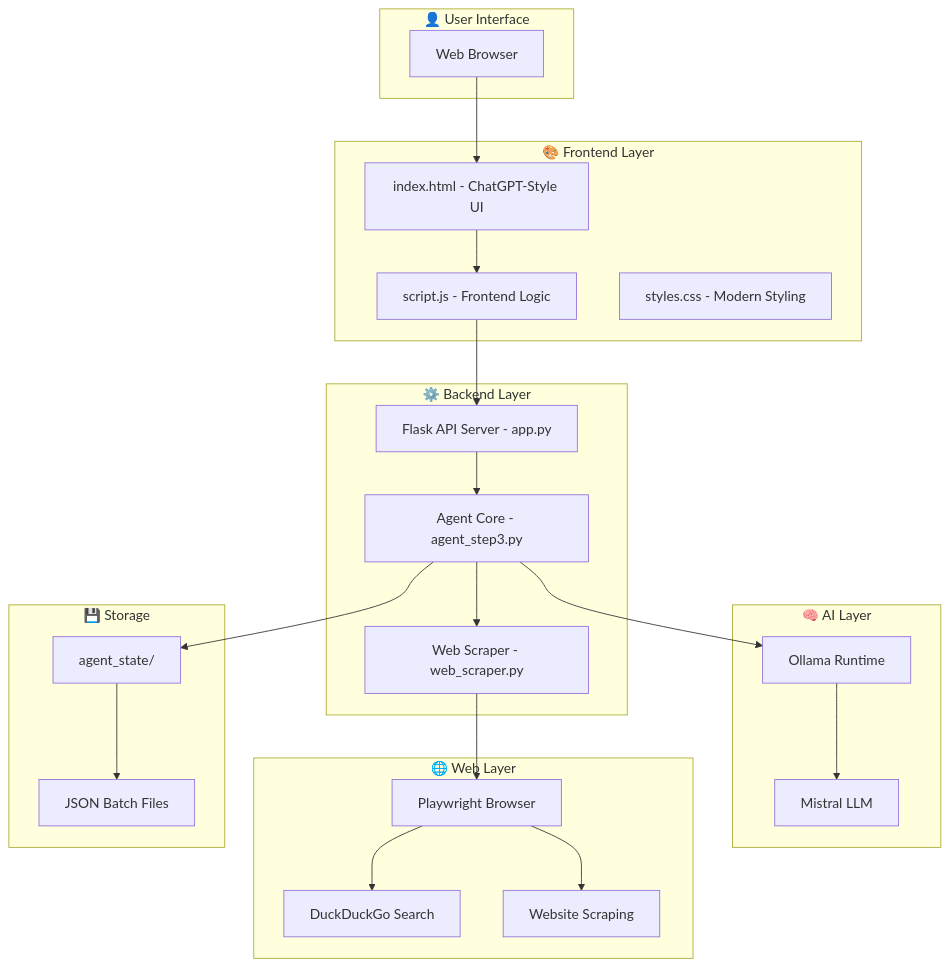
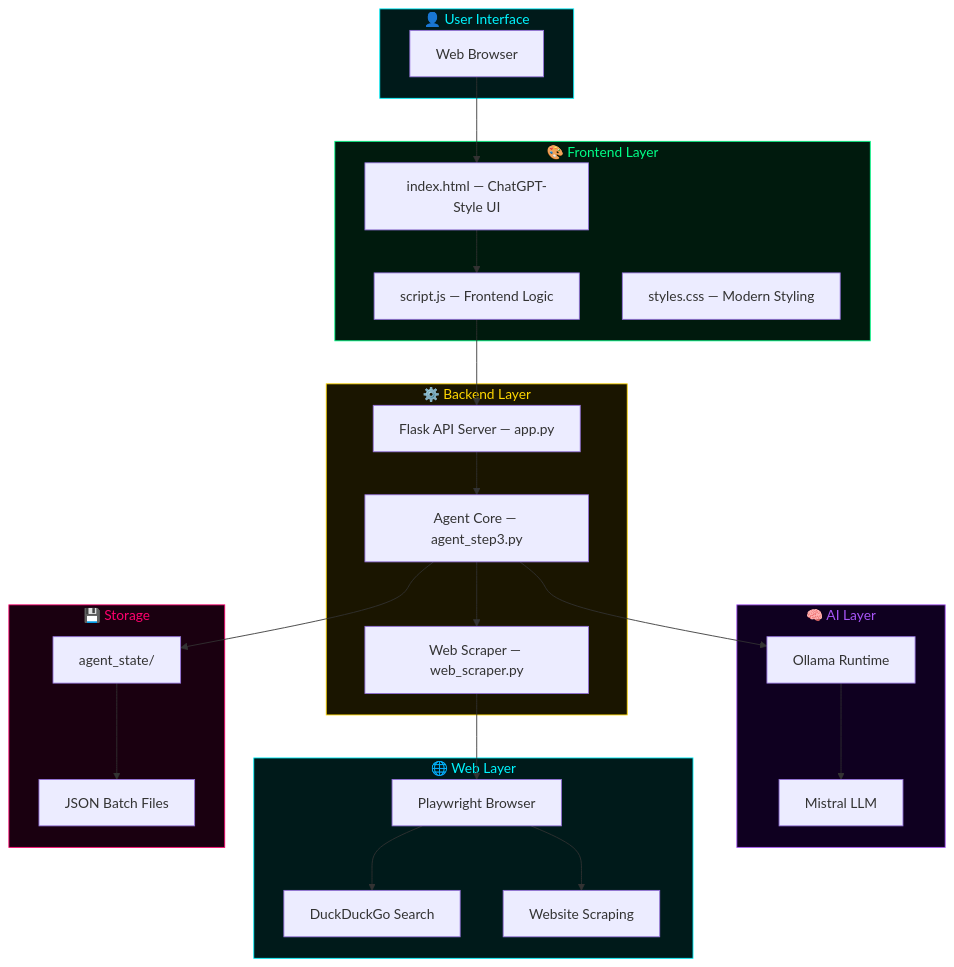
Before and after one commit to AshmitThakur23/Local-AI-Web-Navigator: the first of 6 diagrams in README.md, drawn with Mermaid. The commit also changed other lines of this file, not shown here.

````diff
--- a/README.md
+++ b/README.md
@@ -152,47 +170,54 @@
 ```mermaid
 flowchart TB
-    subgraph User["👤 User Interface"]
+    subgraph USER["👤 User Interface"]
         A[Web Browser]
     end
-    
-    subgraph Frontend["🎨 Frontend Layer"]
-        B[index.html - ChatGPT-Style UI]
-        C[script.js - Frontend Logic]
-        D[styles.css - Modern Styling]
+
+    subgraph FRONT["🎨 Frontend Layer"]
+        B[index.html — ChatGPT-Style UI]
+        C[script.js — Frontend Logic]
+        D[styles.css — Modern Styling]
     end
-    
-    subgraph Backend["⚙️ Backend Layer"]
-        E[Flask API Server - app.py]
-        F[Agent Core - agent_step3.py]
-        G[Web Scraper - web_scraper.py]
+
+    subgraph BACK["⚙️ Backend Layer"]
+        E[Flask API Server — app.py]
+        F[Agent Core — agent_step3.py]
+        G[Web Scraper — web_scraper.py]
     end
-    
+
     subgraph AI["🧠 AI Layer"]
         H[Ollama Runtime]
         I[Mistral LLM]
     end
-    
-    subgraph Web["🌐 Web Layer"]
+
+    subgraph WEB["🌐 Web Layer"]
         J[Playwright Browser]
         K[DuckDuckGo Search]
         L[Website Scraping]
     end
-    
-    subgraph Storage["💾 Storage"]
+
+    subgraph STORE["💾 Storage"]
         M[agent_state/]
         N[JSON Batch Files]
     end
-    
+
     A --> B
     B --> C
     C --> E
     E --> F
     F --> H
     H --> I
     F --> G
     G --> J
     J --> K
     J --> L
     F --> M
     M --> N
+
+    style USER fill:#001a1a,stroke:#00f5ff,color:#00f5ff
+    style FRONT fill:#001a0d,stroke:#00ff88,color:#00ff88
+    style BACK fill:#1a1500,stroke:#ffd700,color:#ffd700
+    style AI fill:#0f0020,stroke:#a855f7,color:#a855f7
+    style WEB fill:#001a1a,stroke:#00f5ff,color:#00f5ff
+    style STORE fill:#1a0010,stroke:#ff006e,color:#ff006e
 ```
````
